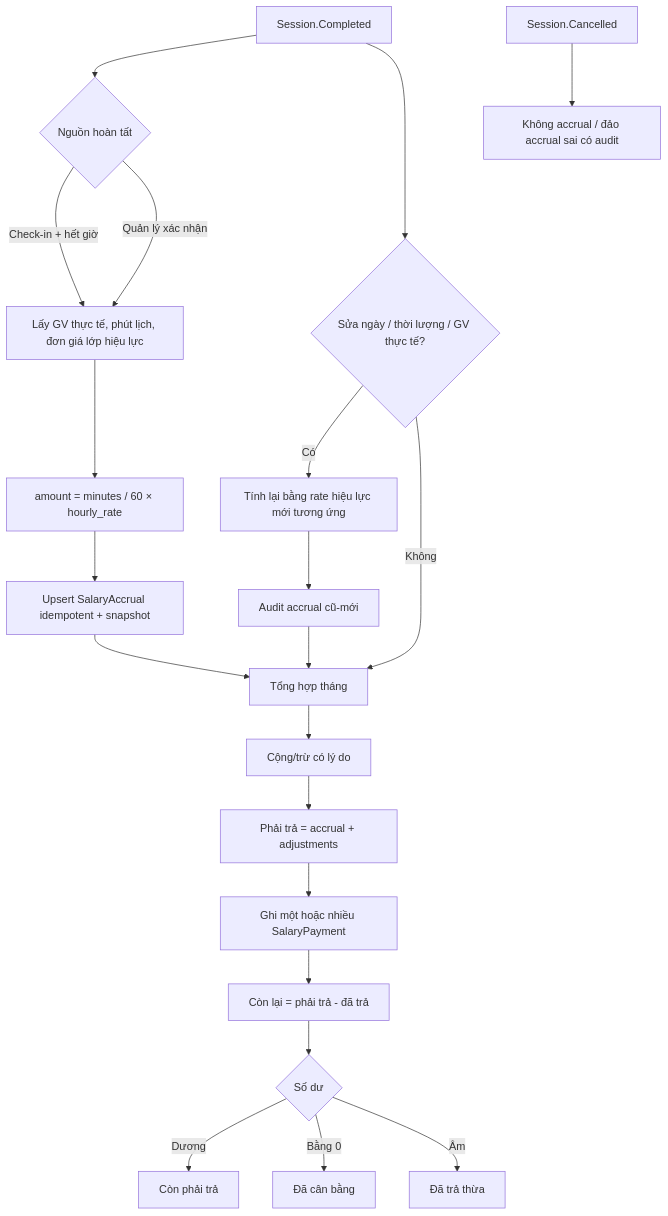
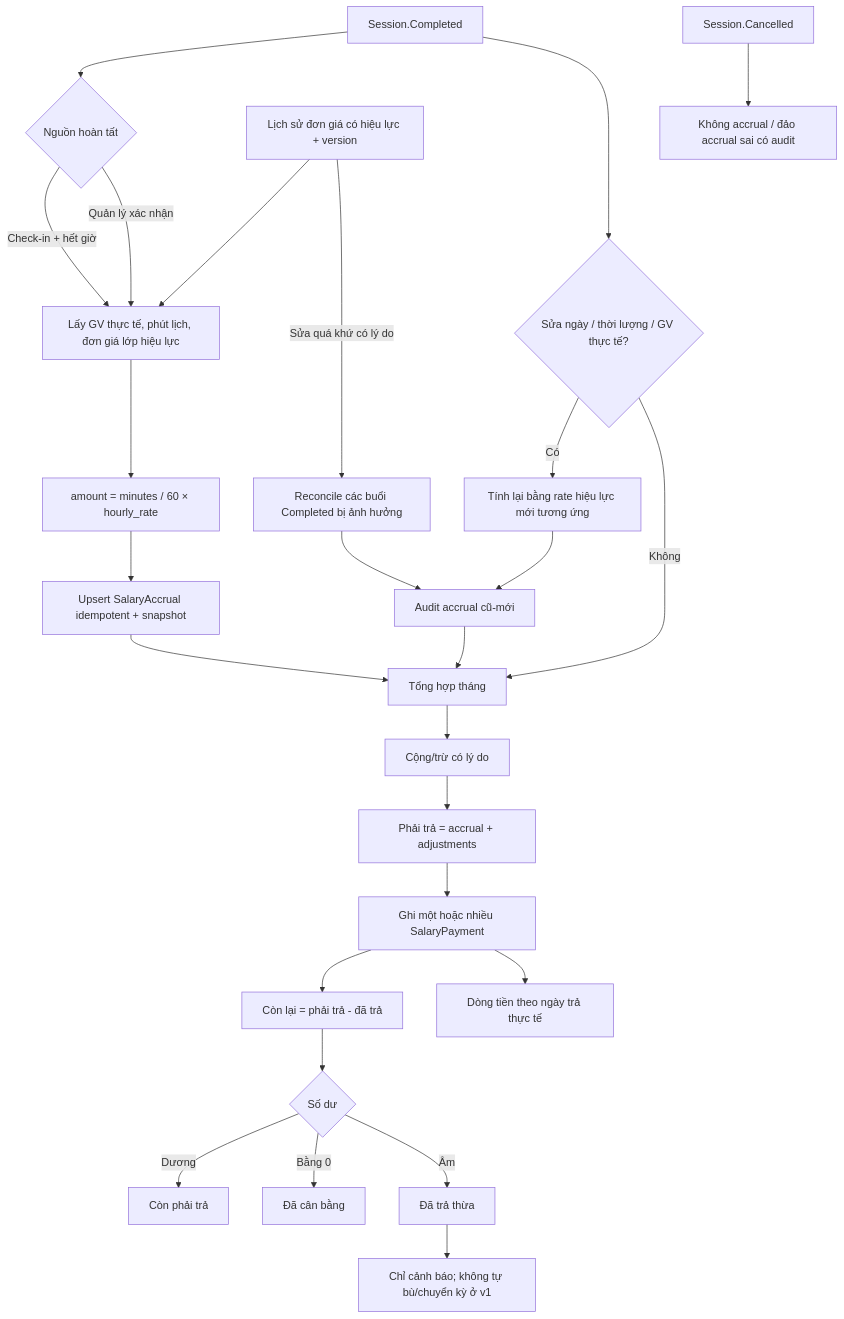
One commit to hieudn2412/class-manage-system changed the diagram in docs/flows/sources/FL-12-salary-payment.mmd. Above: the diagram before and after it, drawn with Mermaid. The commit also changed other lines of this file and 155 other files, not shown here.

```diff
--- a/docs/flows/sources/FL-12-salary-payment.mmd
+++ b/docs/flows/sources/FL-12-salary-payment.mmd
@@ -1,23 +1,28 @@
 flowchart TD
   SESSION["Session.Completed"] --> SOURCE{"Nguồn hoàn tất"}
   SOURCE -->|"Check-in + hết giờ"| CALC
   SOURCE -->|"Quản lý xác nhận"| CALC
   CALC["Lấy GV thực tế, phút lịch, đơn giá lớp hiệu lực"] --> FORMULA["amount = minutes / 60 × hourly_rate"]
   FORMULA --> UPSERT["Upsert SalaryAccrual idempotent + snapshot"]
+  RATE["Lịch sử đơn giá có hiệu lực + version"] --> CALC
+  RATE -->|"Sửa quá khứ có lý do"| RECALC_RATE["Reconcile các buổi Completed bị ảnh hưởng"]
+  RECALC_RATE --> AUDIT
   UPSERT --> MONTH["Tổng hợp tháng"]
   MONTH --> ADJUST["Cộng/trừ có lý do"]
   ADJUST --> DUE["Phải trả = accrual + adjustments"]
   DUE --> PAYMENT["Ghi một hoặc nhiều SalaryPayment"]
   PAYMENT --> BALANCE["Còn lại = phải trả - đã trả"]
+  PAYMENT --> CASHFLOW["Dòng tiền theo ngày trả thực tế"]
   BALANCE --> STATE{"Số dư"}
   STATE -->|Dương| OWED["Còn phải trả"]
   STATE -->|Bằng 0| SETTLED["Đã cân bằng"]
   STATE -->|Âm| OVER["Đã trả thừa"]
+  OVER --> WARN["Chỉ cảnh báo; không tự bù/chuyển kỳ ở v1"]
 
   SESSION --> EDIT{"Sửa ngày / thời lượng / GV thực tế?"}
   EDIT -->|Có| RECALC["Tính lại bằng rate hiệu lực mới tương ứng"]
   RECALC --> AUDIT["Audit accrual cũ-mới"]
   AUDIT --> MONTH
   EDIT -->|Không| MONTH
 
   CANCEL["Session.Cancelled"] --> NO_PAY["Không accrual / đảo accrual sai có audit"]
```
